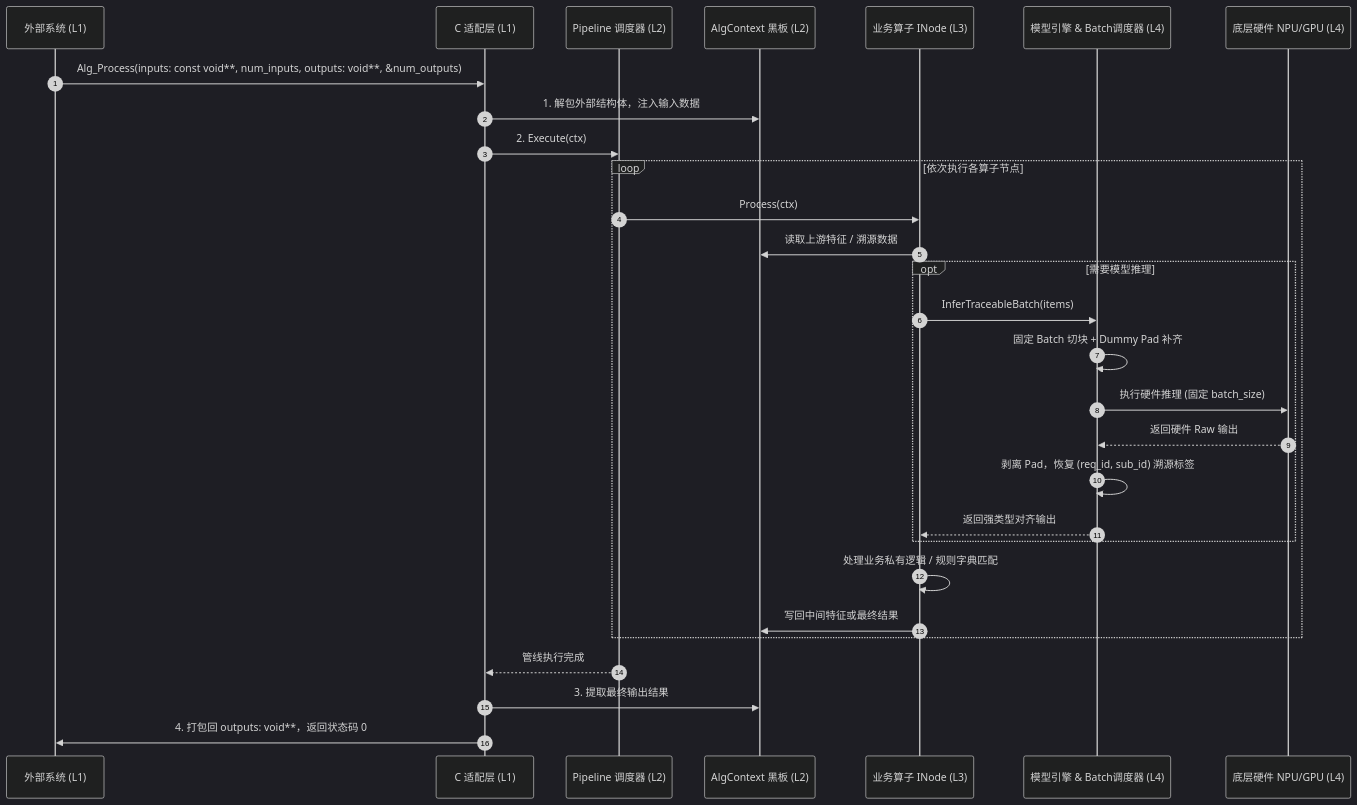
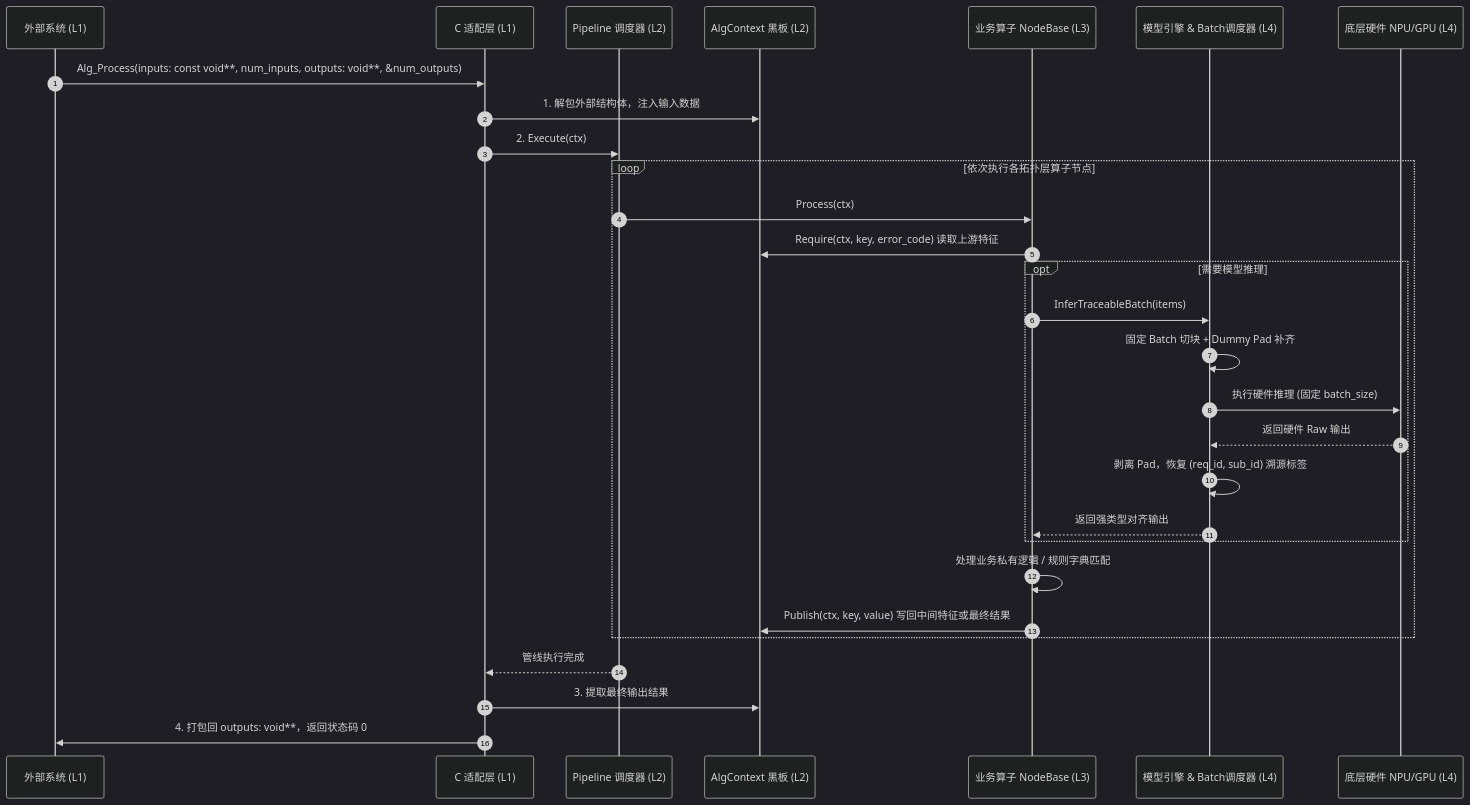
Before and after one commit to chamsechan/LLM-EdgeFlow: the second of 2 diagrams in doc/architecture.md, drawn with Mermaid (dark theme). The commit also changed other lines of this file and 90 other files, not shown here.

Commit message:
refactor(architecture): consolidate runtime contracts and node support

````diff
--- a/doc/architecture.md
+++ b/doc/architecture.md
@@ -135,34 +140,34 @@
 ```mermaid
 sequenceDiagram
     autonumber
     participant App as 外部系统 (L1)
     participant Adapter as C 适配层 (L1)
     participant Pipe as Pipeline 调度器 (L2)
     participant Ctx as AlgContext 黑板 (L2)
-    participant Node as 业务算子 INode (L3)
+    participant Node as 业务算子 NodeBase (L3)
     participant Engine as 模型引擎 & Batch调度器 (L4)
     participant HW as 底层硬件 NPU/GPU (L4)
 
     App->>Adapter: Alg_Process(inputs: const void**, num_inputs, outputs: void**, &num_outputs)
     Adapter->>Ctx: 1. 解包外部结构体，注入输入数据
     Adapter->>Pipe: 2. Execute(ctx)
     
-    loop 依次执行各算子节点
+    loop 依次执行各拓扑层算子节点
         Pipe->>Node: Process(ctx)
-        Node->>Ctx: 读取上游特征 / 溯源数据
+        Node->>Ctx: Require(ctx, key, error_code) 读取上游特征
         opt 需要模型推理
             Node->>Engine: InferTraceableBatch(items)
             Engine->>Engine: 固定 Batch 切块 + Dummy Pad 补齐
             Engine->>HW: 执行硬件推理 (固定 batch_size)
             HW-->>Engine: 返回硬件 Raw 输出
             Engine->>Engine: 剥离 Pad，恢复 (req_id, sub_id) 溯源标签
             Engine-->>Node: 返回强类型对齐输出
         end
         Node->>Node: 处理业务私有逻辑 / 规则字典匹配
-        Node->>Ctx: 写回中间特征或最终结果
+        Node->>Ctx: Publish(ctx, key, value) 写回中间特征或最终结果
     end
 
     Pipe-->>Adapter: 管线执行完成
     Adapter->>Ctx: 3. 提取最终输出结果
     Adapter->>App: 4. 打包回 outputs: void**，返回状态码 0
 ```
````
